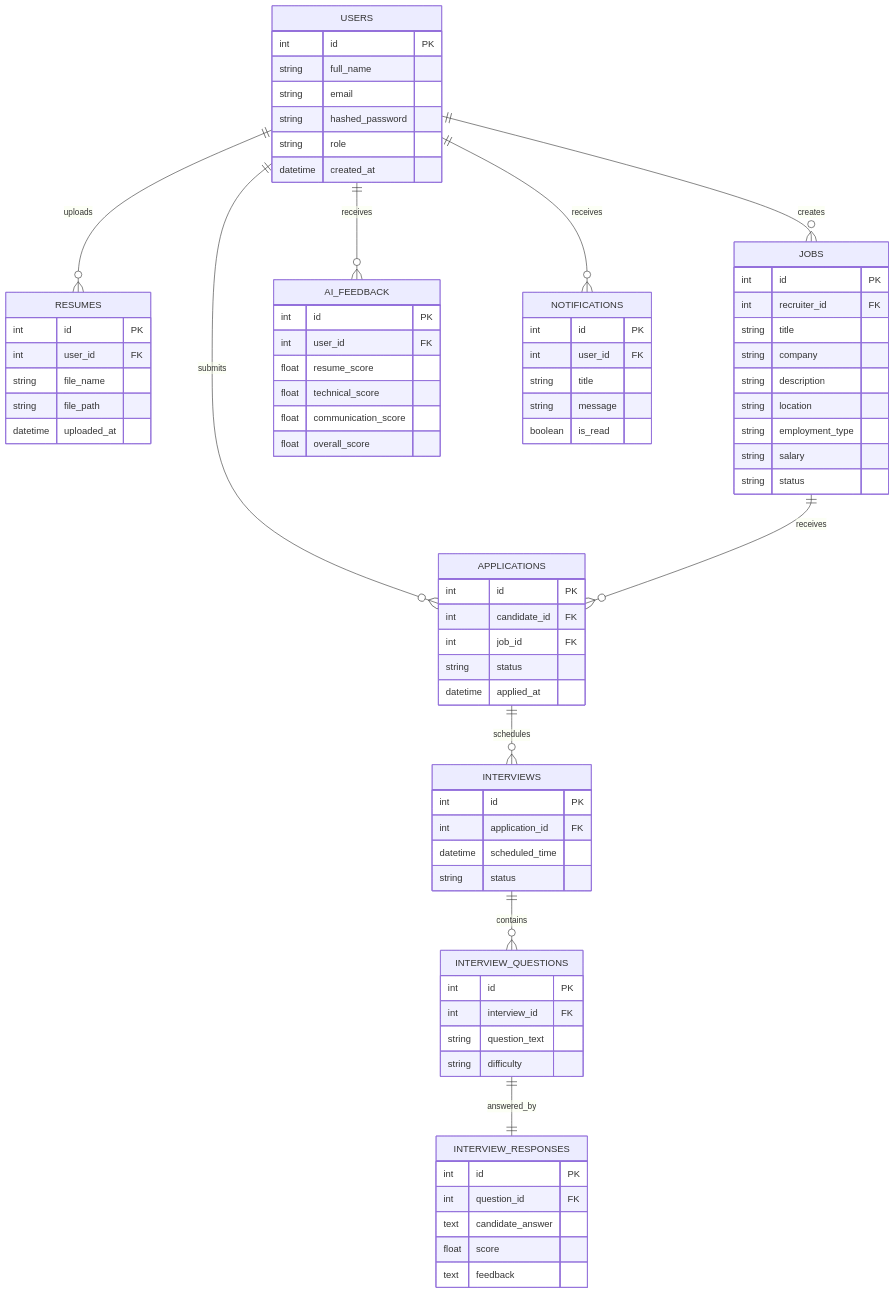
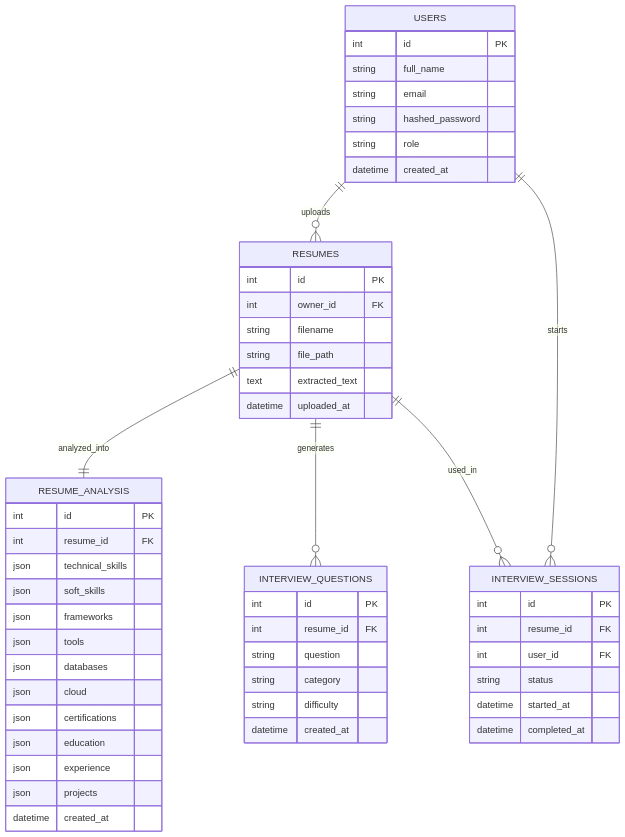
The diagram in docs/ERDiagram.md (SohamDey2005/SmartHire-AI), drawn with Mermaid before and after one commit. The commit also changed other lines of this file and 9 other files, not shown here.

Commit message:
Milestone 2 completed: AI resume analysis and interview evaluation

````diff
--- a/docs/ERDiagram.md
+++ b/docs/ERDiagram.md
@@ -4,92 +8,87 @@
 erDiagram
 
     USERS ||--o{ RESUMES : uploads
-    USERS ||--o{ JOBS : creates
-    USERS ||--o{ APPLICATIONS : submits
-    USERS ||--o{ AI_FEEDBACK : receives
-    USERS ||--o{ NOTIFICATIONS : receives
 
-    JOBS ||--o{ APPLICATIONS : receives
+    RESUMES ||--|| RESUME_ANALYSIS : analyzed_into
 
-    APPLICATIONS ||--o{ INTERVIEWS : schedules
+    RESUMES ||--o{ INTERVIEW_QUESTIONS : generates
 
-    INTERVIEWS ||--o{ INTERVIEW_QUESTIONS : contains
+    USERS ||--o{ INTERVIEW_SESSIONS : starts
 
-    INTERVIEW_QUESTIONS ||--|| INTERVIEW_RESPONSES : answered_by
+    RESUMES ||--o{ INTERVIEW_SESSIONS : used_in
+
+
 
     USERS {
+
         int id PK
         string full_name
         string email
         string hashed_password
         string role
         datetime created_at
+
     }
 
+
+
     RESUMES {
+
         int id PK
-        int user_id FK
-        string file_name
+        int owner_id FK
+        string filename
         string file_path
+        text extracted_text
         datetime uploaded_at
+
     }
 
-    JOBS {
+
+
+    RESUME_ANALYSIS {
+
         int id PK
-        int recruiter_id FK
-        string title
-        string company
-        string description
-        string location
-        string employment_type
-        string salary
-        string status
+        int resume_id FK
+
+        json technical_skills
+        json soft_skills
+        json frameworks
+        json tools
+        json databases
+        json cloud
+        json certifications
+
+        json education
+        json experience
+        json projects
+
+        datetime created_at
+
     }
 
-    APPLICATIONS {
+
+
+    INTERVIEW_QUESTIONS {
+
         int id PK
-        int candidate_id FK
-        int job_id FK
-        string status
-        datetime applied_at
+        int resume_id FK
+        string question
+        string category
+        string difficulty
+        datetime created_at
+
     }
 
-    INTERVIEWS {
+
+
+    INTERVIEW_SESSIONS {
+
         int id PK
-        int application_id FK
-        datetime scheduled_time
+        int resume_id FK
+        int user_id FK
         string status
-    }
+        datetime started_at
+        datetime completed_at
 
-    INTERVIEW_QUESTIONS {
-        int id PK
-        int interview_id FK
-        string question_text
-        string difficulty
-    }
-
-    INTERVIEW_RESPONSES {
-        int id PK
-        int question_id FK
-        text candidate_answer
-        float score
-        text feedback
-    }
-
-    AI_FEEDBACK {
-        int id PK
-        int user_id FK
-        float resume_score
-        float technical_score
-        float communication_score
-        float overall_score
-    }
-
-    NOTIFICATIONS {
-        int id PK
-        int user_id FK
-        string title
-        string message
-        boolean is_read
     }
 ```
````
